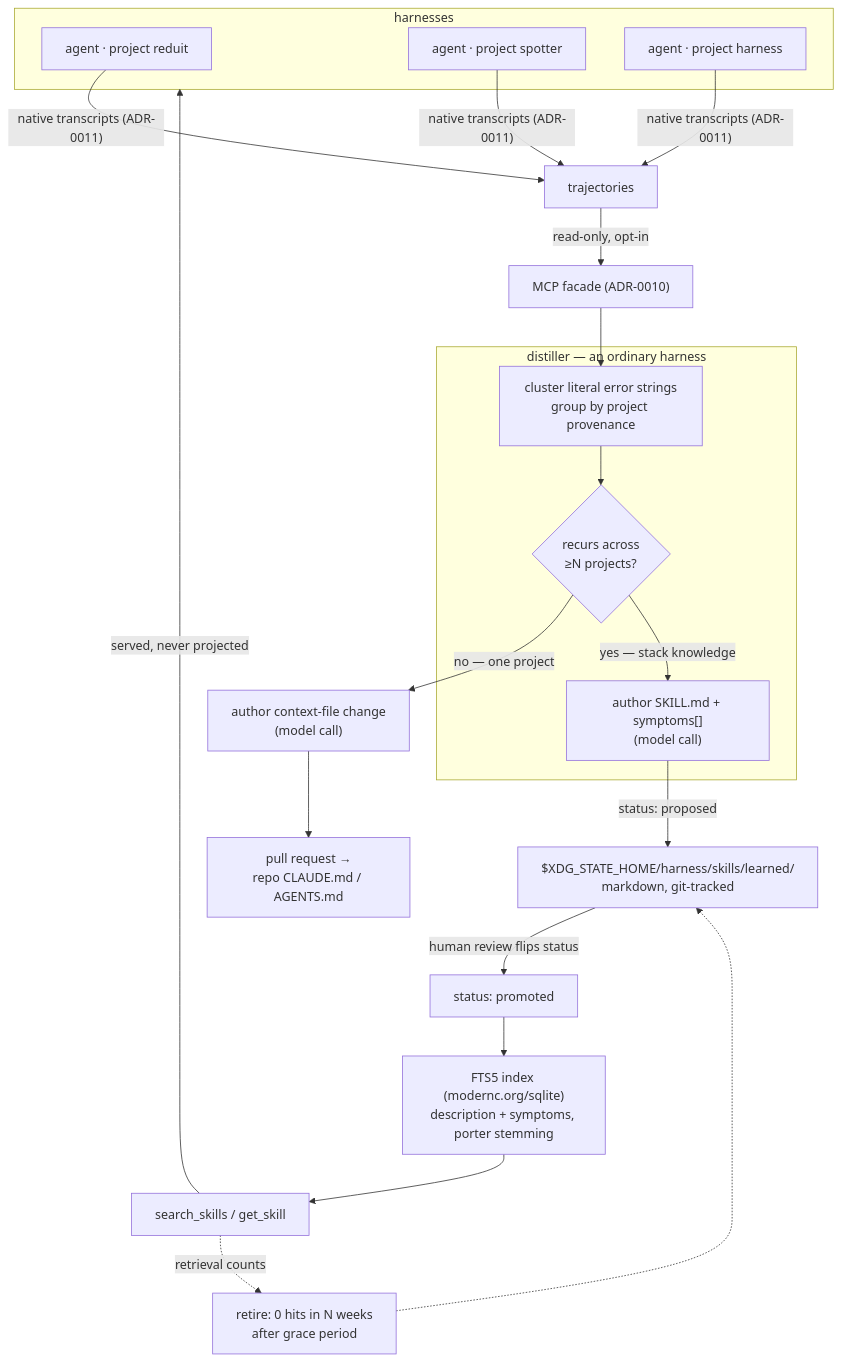
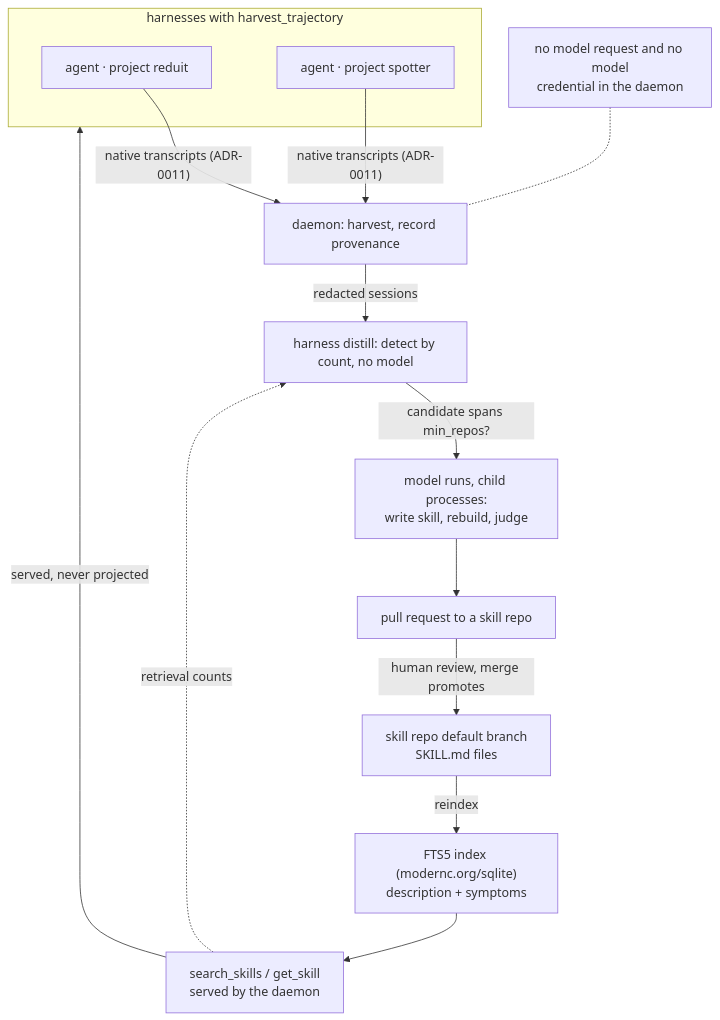
Before and after one commit to stump-wtf/harness: the diagram in docs/adrs/adr-0012-cross-harness-distillation.md, drawn with Mermaid. The commit also changed other lines of this file and 12 other files, not shown here.

````diff
--- a/docs/adrs/adr-0012-cross-harness-distillation.md
+++ b/docs/adrs/adr-0012-cross-harness-distillation.md
@@ -245,30 +281,18 @@
 ```mermaid
 flowchart TD
-    subgraph fleet["harnesses"]
-        A["agent · project reduit"]
-        B["agent · project spotter"]
-        C["agent · project harness"]
+    subgraph fleet["harnesses with harvest_trajectory"]
+        A["agent · project reduit"]:::agent
+        B["agent · project spotter"]:::agent
     end
 
-    A & B & C -->|"native transcripts (ADR-0011)"| TR["trajectories"]
-    TR -->|"read-only, opt-in"| FAC["MCP facade (ADR-0010)"]
-
-    subgraph distiller["distiller — an ordinary harness"]
-        CL["cluster literal error strings<br/>group by project provenance"]
-        TH{"recurs across<br/>≥N projects?"}
-        AU["author SKILL.md + symptoms[]<br/>(model call)"]
-    end
-
-    FAC --> CL --> TH
-    TH -->|"no — one project"| AUP["author context-file change<br/>(model call)"]
-    AUP --> PR["pull request →<br/>repo CLAUDE.md / AGENTS.md"]
-    TH -->|"yes — stack knowledge"| AU
-    AU -->|"status: proposed"| DISK["$XDG_STATE_HOME/harness/skills/learned/<br/>markdown, git-tracked"]
-
-    DISK -->|"human review flips status"| PROM["status: promoted"]
-    PROM --> IDX["FTS5 index (modernc.org/sqlite)<br/>description + symptoms, porter stemming"]
-    IDX --> ST["search_skills / get_skill"]
+    A & B -->|"native transcripts (ADR-0011)"| D["daemon: harvest, record provenance"]:::daemon
+    D -->|"redacted sessions"| X["harness distill: detect by count, no model"]:::client
+    X -->|"candidate spans min_repos?"| M["model runs, child processes:<br/>write skill, rebuild, judge"]:::agent
+    M --> PR["pull request to a skill repo"]:::external
+    PR -->|"human review, merge promotes"| REPO["skill repo default branch<br/>SKILL.md files"]:::store
+    REPO -->|"reindex"| IDX["FTS5 index (modernc.org/sqlite)<br/>description + symptoms"]:::store
+    IDX --> ST["search_skills / get_skill<br/>served by the daemon"]:::daemon
     ST -->|"served, never projected"| fleet
-    ST -.->|"retrieval counts"| RET["retire: 0 hits in N weeks<br/>after grace period"]
-    RET -.-> DISK
+    ST -.->|"retrieval counts"| X
+    FENCE["no model request and no model<br/>credential in the daemon"]:::danger -.- D
 ```
````
